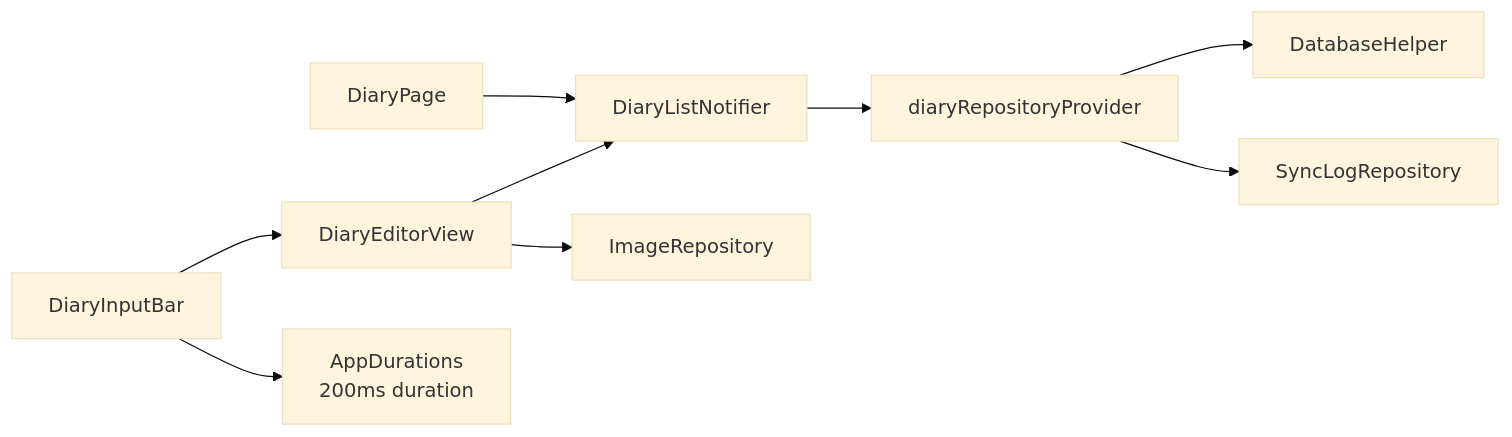
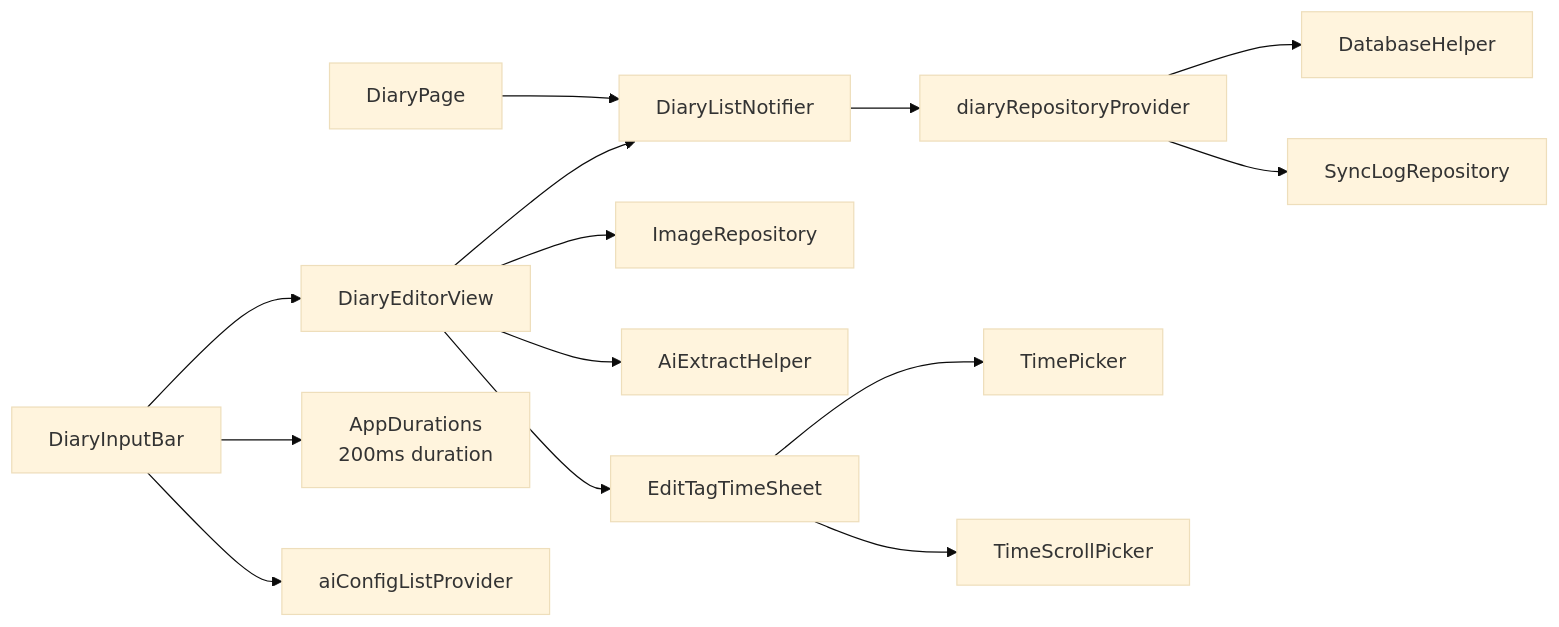
One commit to favoroo/QNote changed the ninth of 9 diagrams in .qoder/repowiki/en/content/Core Features/Diary Management.md. Above: the diagram before and after it, drawn with Mermaid (base theme). The commit also changed other lines of this file and 68 other files, not shown here.

````diff
--- a/.qoder/repowiki/en/content/Core Features/Diary Management.md
+++ b/.qoder/repowiki/en/content/Core Features/Diary Management.md
@@ -440,11 +560,16 @@
 ```mermaid
 graph LR
 DEV["DiaryEditorView"] --> DLP["DiaryListNotifier"]
 DIB["DiaryInputBar"] --> DEV
 DP["DiaryPage"] --> DLP
 DLP --> DRP["diaryRepositoryProvider"]
 DRP --> DBH["DatabaseHelper"]
 DRP --> SLR["SyncLogRepository"]
 DEV --> IR["ImageRepository"]
+DEV --> AEH["AiExtractHelper"]
 DIB --> AD["AppDurations<br/>200ms duration"]
+DIB --> AITP["aiConfigListProvider"]
+DEV --> ETTS["EditTagTimeSheet"]
+ETTS --> TP["TimePicker"]
+ETTS --> TSP["TimeScrollPicker"]
 ```
````
